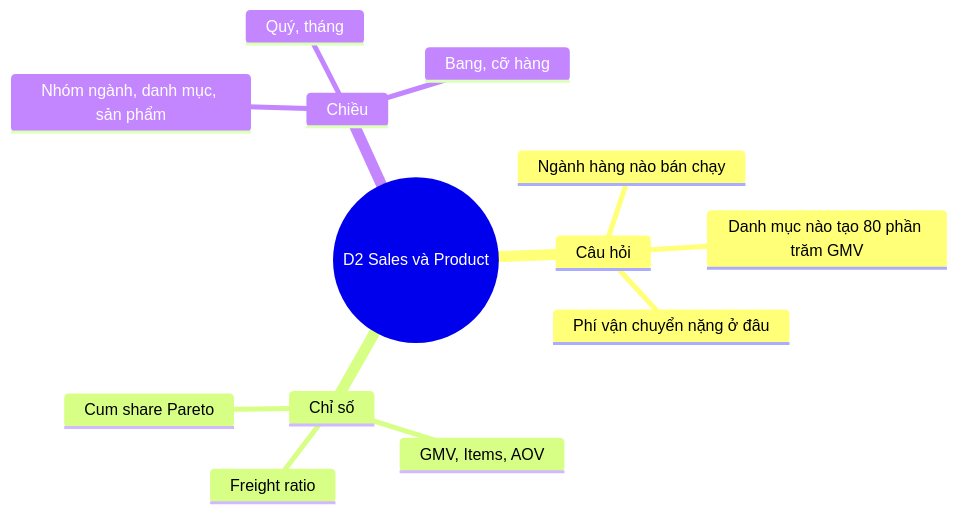
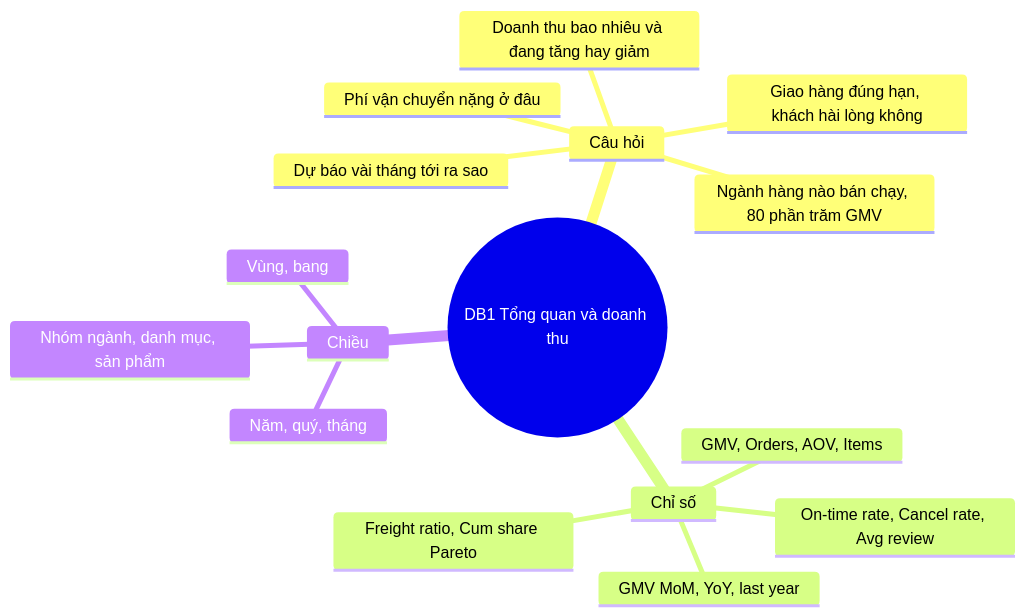
Before and after one commit to ThanhPhu01653/olist-dwbi: the fifth of 8 diagrams in huong-dan/05-nghiep-vu-nhap.md, drawn with Mermaid. The commit also changed other lines of this file and 53 other files, not shown here.

````diff
--- a/huong-dan/05-nghiep-vu-nhap.md
+++ b/huong-dan/05-nghiep-vu-nhap.md
@@ -187,16 +168,19 @@
 ```mermaid
 mindmap
-  root((D2 Sales và Product))
+  root((DB1 Tổng quan và doanh thu))
     Câu hỏi
-      Ngành hàng nào bán chạy
-      Danh mục nào tạo 80 phần trăm GMV
+      Doanh thu bao nhiêu và đang tăng hay giảm
+      Dự báo vài tháng tới ra sao
+      Giao hàng đúng hạn, khách hài lòng không
+      Ngành hàng nào bán chạy, 80 phần trăm GMV
       Phí vận chuyển nặng ở đâu
     Chỉ số
-      GMV, Items, AOV
-      Freight ratio
-      Cum share Pareto
+      GMV, Orders, AOV, Items
+      GMV MoM, YoY, last year
+      On-time rate, Cancel rate, Avg review
+      Freight ratio, Cum share Pareto
     Chiều
+      Năm, quý, tháng
+      Vùng, bang
       Nhóm ngành, danh mục, sản phẩm
-      Quý, tháng
-      Bang, cỡ hàng
 ```
````
